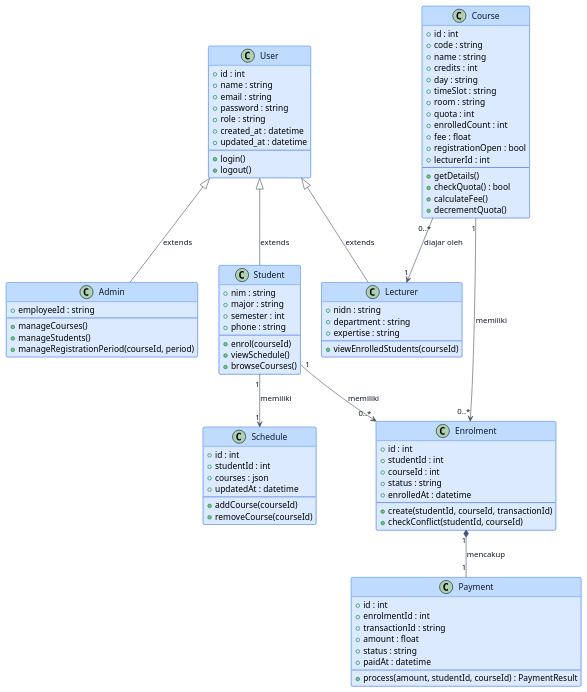
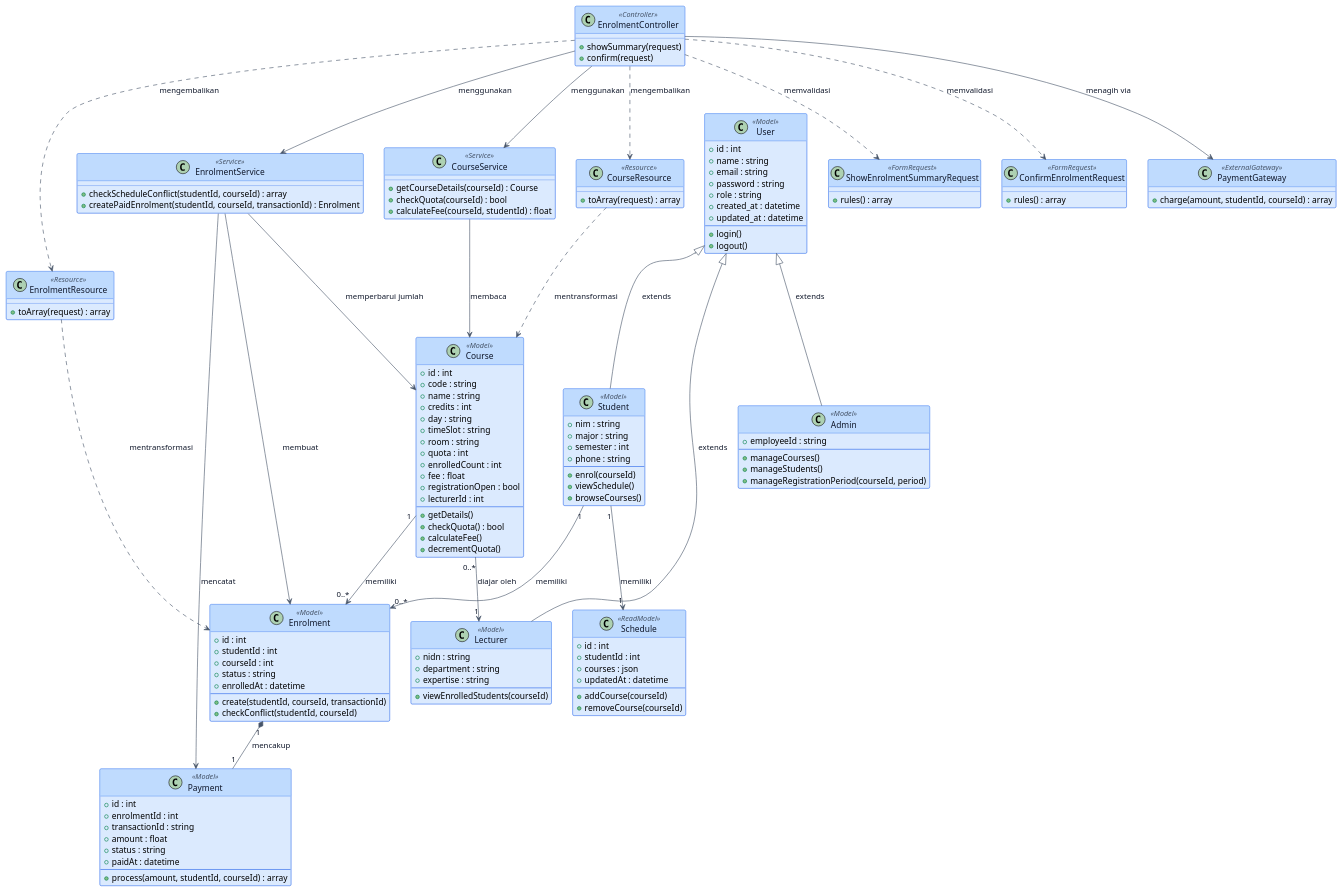
One commit to se-polinema/se-polinema.github.io changed the second of 2 diagrams in src/content/blog/uml-series-part-5-class-diagram-laravel.md. Above: the diagram before and after it, drawn with PlantUML. The commit also changed other lines of this file and 21 other files, not shown here.

Commit message:
Fix hydration and align UML Laravel traceability

````diff
--- a/src/content/blog/uml-series-part-5-class-diagram-laravel.md
+++ b/src/content/blog/uml-series-part-5-class-diagram-laravel.md
@@ -296,7 +351,7 @@
   FontColor #0f172a
 }
 
-class User {
+class User <<Model>> {
   + id : int
   + name : string
   + email : string
@@ -309,7 +364,7 @@
   + logout()
 }
 
-class Student {
+class Student <<Model>> {
   + nim : string
   + major : string
   + semester : int
@@ -320,7 +375,7 @@
   + browseCourses()
 }
 
-class Lecturer {
+class Lecturer <<Model>> {
   + nidn : string
   + department : string
   + expertise : string
@@ -328,7 +383,7 @@
   + viewEnrolledStudents(courseId)
 }
 
-class Admin {
+class Admin <<Model>> {
   + employeeId : string
   --
   + manageCourses()
@@ -336,7 +391,7 @@
   + manageRegistrationPeriod(courseId, period)
 }
 
-class Course {
+class Course <<Model>> {
   + id : int
   + code : string
   + name : string
@@ -356,7 +411,7 @@
   + decrementQuota()
 }
 
-class Enrolment {
+class Enrolment <<Model>> {
   + id : int
   + studentId : int
   + courseId : int
@@ -367,7 +422,7 @@
   + checkConflict(studentId, courseId)
 }
 
-class Payment {
+class Payment <<Model>> {
   + id : int
   + enrolmentId : int
   + transactionId : string
@@ -375,10 +430,10 @@
   + status : string
   + paidAt : datetime
   --
-  + process(amount, studentId, courseId) : PaymentResult
+  + process(amount, studentId, courseId) : array
 }
 
-class Schedule {
+class Schedule <<ReadModel>> {
   + id : int
   + studentId : int
   + courses : json
@@ -386,6 +441,42 @@
   --
   + addCourse(courseId)
   + removeCourse(courseId)
+}
+
+class EnrolmentController <<Controller>> {
+  + showSummary(request)
+  + confirm(request)
+}
+
+class ShowEnrolmentSummaryRequest <<FormRequest>> {
+  + rules() : array
+}
+
+class ConfirmEnrolmentRequest <<FormRequest>> {
+  + rules() : array
+}
+
+class CourseService <<Service>> {
+  + getCourseDetails(courseId) : Course
+  + checkQuota(courseId) : bool
+  + calculateFee(courseId, studentId) : float
+}
+
+class EnrolmentService <<Service>> {
+  + checkScheduleConflict(studentId, courseId) : array
+  + createPaidEnrolment(studentId, courseId, transactionId) : Enrolment
+}
+
+class PaymentGateway <<ExternalGateway>> {
+  + charge(amount, studentId, courseId) : array
+}
+
+class CourseResource <<Resource>> {
+  + toArray(request) : array
+}
+
+class EnrolmentResource <<Resource>> {
+  + toArray(request) : array
 }
 
 User <|-- Student : extends
@@ -397,5 +488,19 @@
 Course "1" --> "0..*" Enrolment : memiliki
 Enrolment "1" *-- "1" Payment : mencakup
 Student "1" --> "1" Schedule : memiliki
+
+EnrolmentController ..> ShowEnrolmentSummaryRequest : memvalidasi
+EnrolmentController ..> ConfirmEnrolmentRequest : memvalidasi
+EnrolmentController --> CourseService : menggunakan
+EnrolmentController --> EnrolmentService : menggunakan
+EnrolmentController --> PaymentGateway : menagih via
+EnrolmentController ..> CourseResource : mengembalikan
+EnrolmentController ..> EnrolmentResource : mengembalikan
+CourseService --> Course : membaca
+EnrolmentService --> Enrolment : membuat
+EnrolmentService --> Payment : mencatat
+EnrolmentService --> Course : memperbarui jumlah
+CourseResource ..> Course : mentransformasi
+EnrolmentResource ..> Enrolment : mentransformasi
 @enduml
 ```
````
